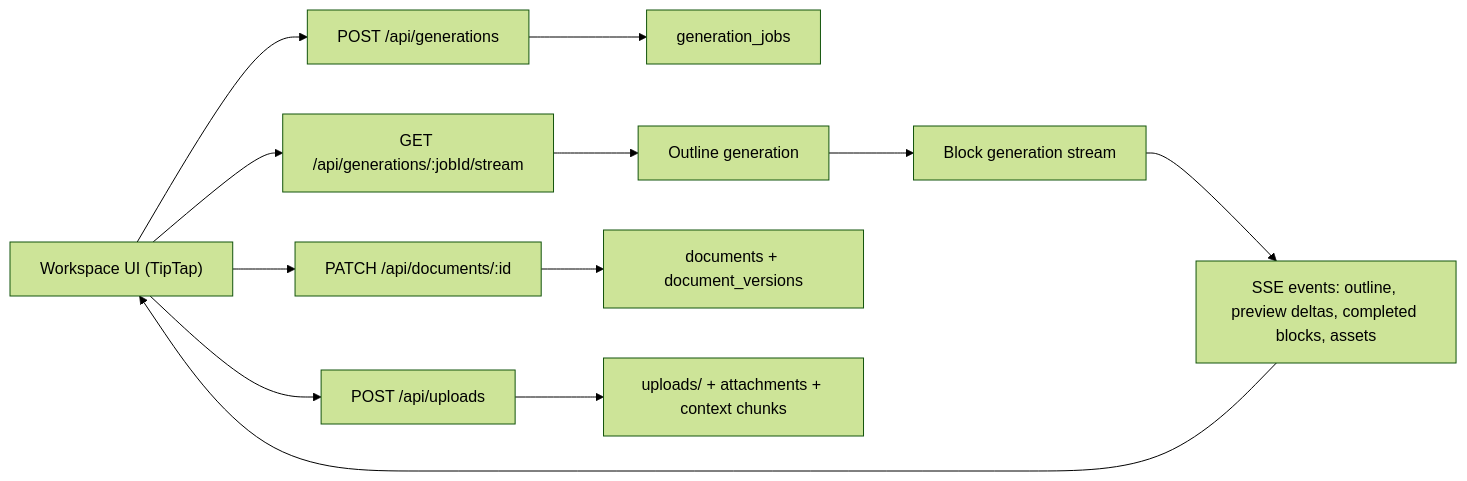
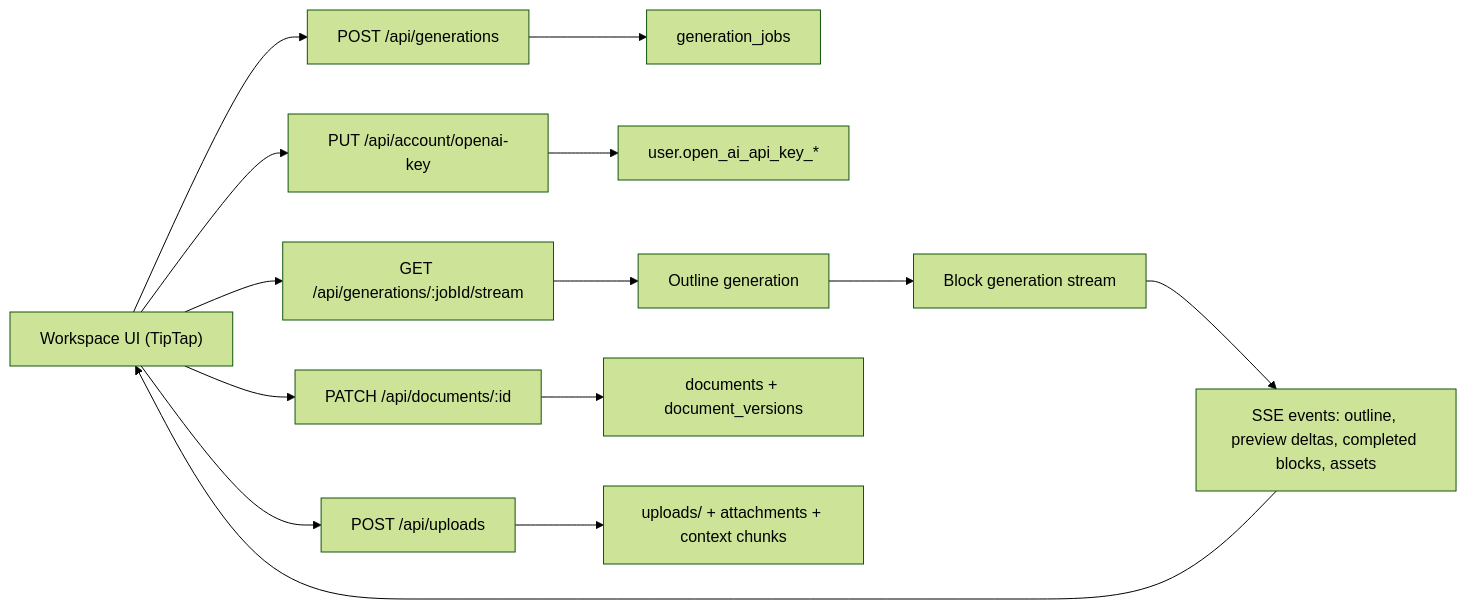
One commit to volfiros/mivo changed the diagram in docs/architecture.md. Above: the diagram before and after it, drawn with Mermaid (forest theme). The commit also changed other lines of this file and 27 other files, not shown here.

Commit message:
Switch to per-account encrypted OpenAI keys

````diff
--- a/docs/architecture.md
+++ b/docs/architecture.md
@@ -31,14 +31,16 @@
 ```mermaid
 flowchart LR
     A["Workspace UI (TipTap)"] --> B["POST /api/generations"]
     B --> C["generation_jobs"]
     A --> D["GET /api/generations/:jobId/stream"]
+    A --> L["PUT /api/account/openai-key"]
+    L --> M["user.open_ai_api_key_*"]
     D --> E["Outline generation"]
     E --> F["Block generation stream"]
     F --> G["SSE events: outline, preview deltas, completed blocks, assets"]
     G --> A
     A --> H["PATCH /api/documents/:id"]
     H --> I["documents + document_versions"]
     A --> J["POST /api/uploads"]
     J --> K["uploads/ + attachments + context chunks"]
 ```
````
